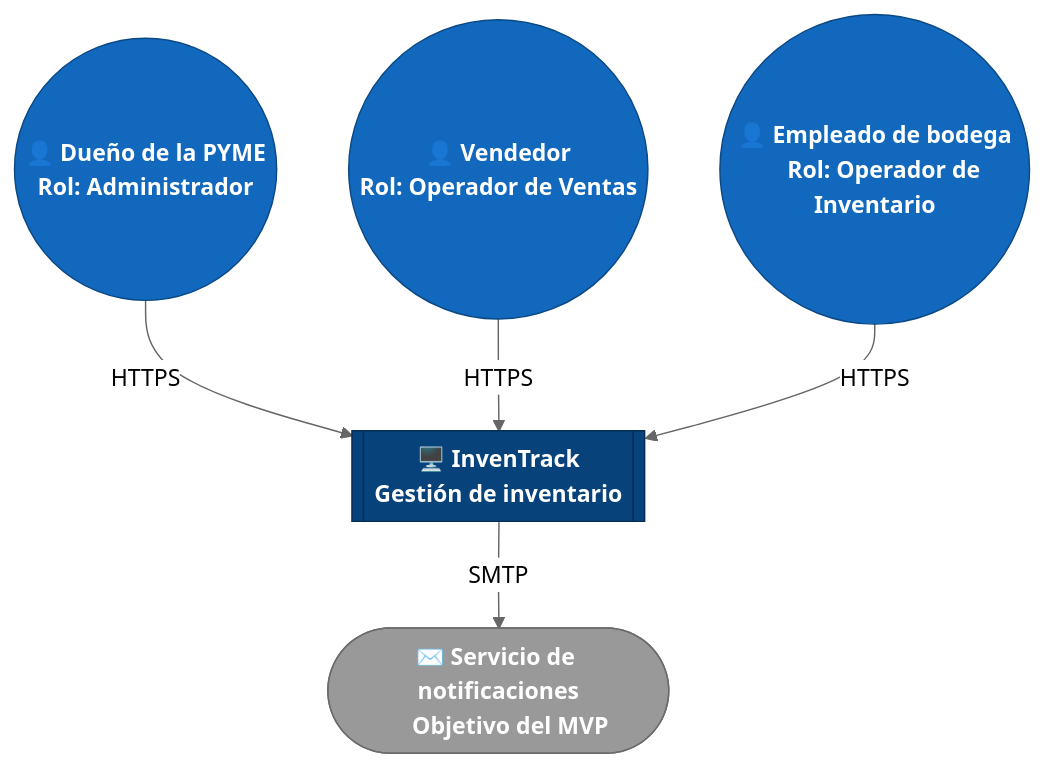
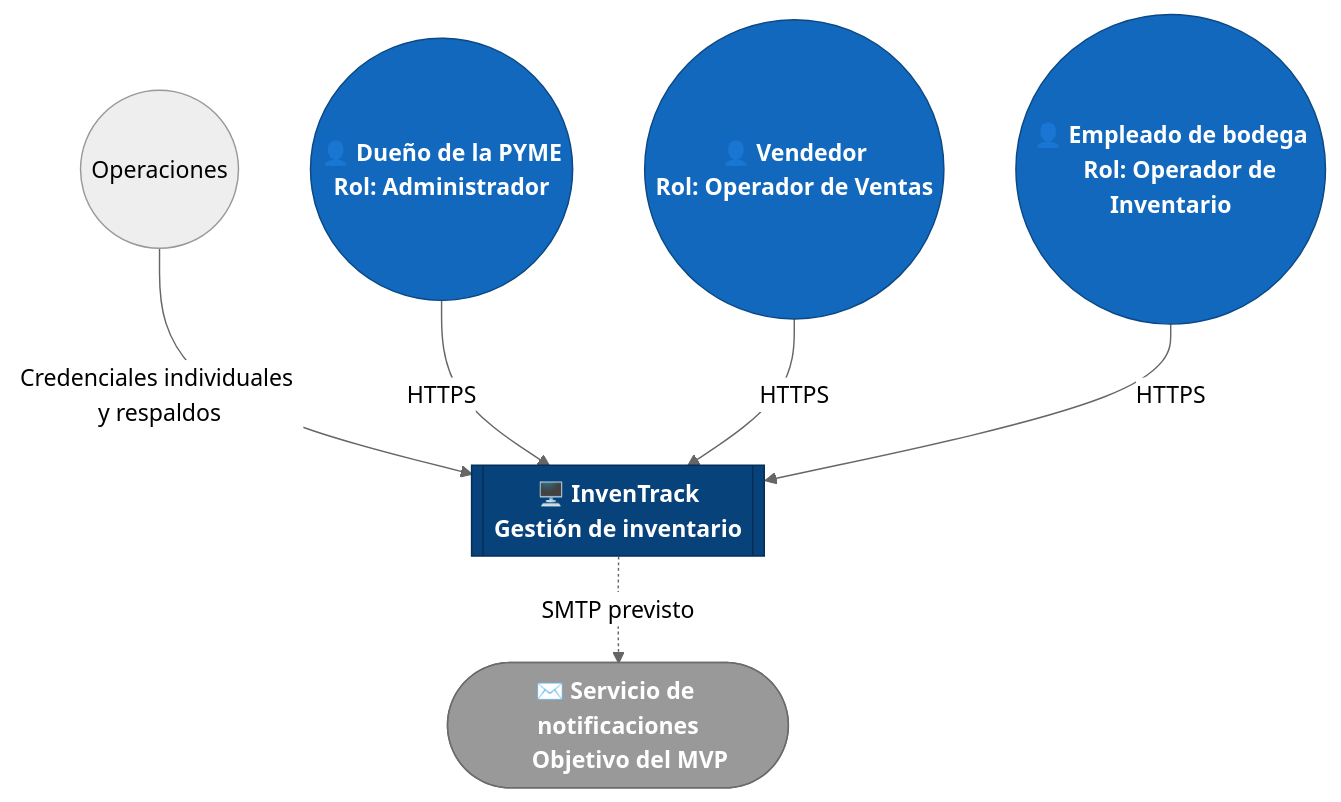
The diagram in docs/c4/context.md (ISCOUTB/AS_202620_InvenTrack), drawn with Mermaid (neutral theme) before and after one commit. The commit also changed 41 other files, not shown here.

````diff
--- a/docs/c4/context.md
+++ b/docs/c4/context.md
@@ -16,26 +16,27 @@
 ```mermaid
 flowchart TB
     Dueno(("👤 Dueño de la PYME
     Rol: Administrador"))
     Vendedor(("👤 Vendedor
     Rol: Operador de Ventas"))
     Empleado(("👤 Empleado de bodega
     Rol: Operador de Inventario"))
     InvenTrack[["🖥️ InvenTrack
     Gestión de inventario"]]
     Notif(["✉️ Servicio de notificaciones
     Objetivo del MVP"])
 
+    Operaciones((Operaciones)) -->|Credenciales individuales y respaldos| InvenTrack
     Dueno -- HTTPS --> InvenTrack
     Vendedor -- HTTPS --> InvenTrack
     Empleado -- HTTPS --> InvenTrack
-    InvenTrack -- SMTP --> Notif
+    InvenTrack -. SMTP previsto .-> Notif
 
     classDef person fill:#1168bd,stroke:#0b4884,color:#ffffff,font-weight:bold
     classDef system fill:#08427b,stroke:#052e56,color:#ffffff,font-weight:bold
     classDef external fill:#999999,stroke:#6b6b6b,color:#ffffff,font-weight:bold
 
     class Dueno,Vendedor,Empleado person
     class InvenTrack system
     class Notif external
 ```
````
